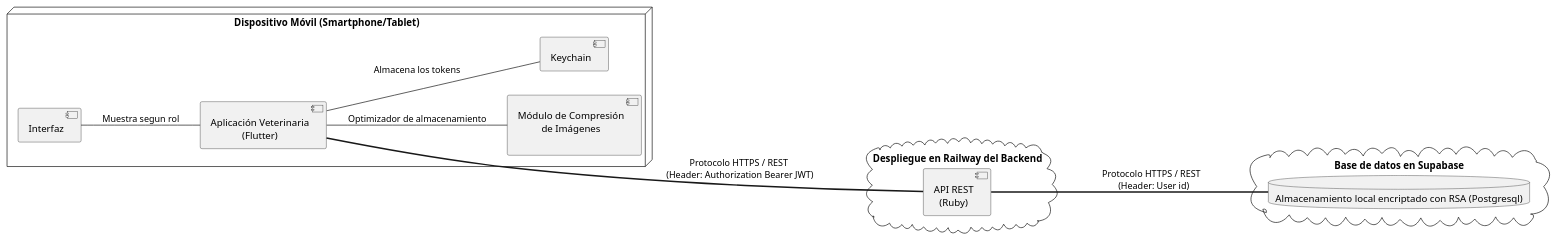
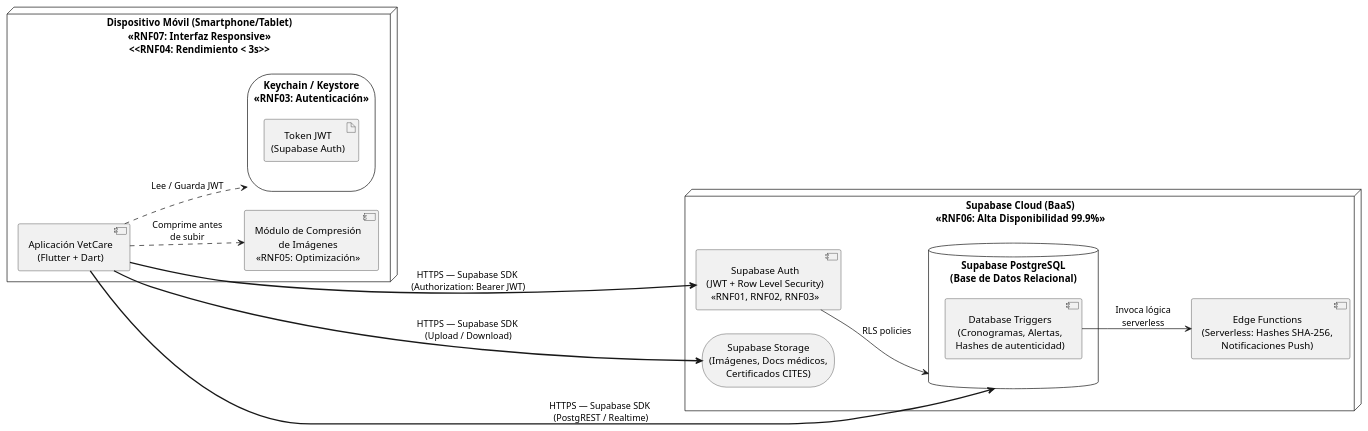
Before and after one commit to W1llpr0/prograMovil: the diagram in deployment_diagram.puml, drawn with PlantUML. The commit also changed 4 other files, not shown here.

First line of the commit message:
refactor(arch): pivote a Supabase BaaS + nuevas épicas VetCare

```diff
--- a/deployment_diagram.puml
+++ b/deployment_diagram.puml
@@ -1,31 +1,39 @@
 @startuml
 left to right direction
 skinparam DefaultTextAlignment center
 
-node "Dispositivo Móvil (Smartphone/Tablet)" as Mobile {
-    
-    component "Interfaz" as I
+node "Dispositivo Móvil (Smartphone/Tablet)\n<<RNF07: Interfaz Responsive>>\n<<RNF04: Rendimiento < 3s>>" as Mobile {
 
-    component "Aplicación Veterinaria\n(Flutter)" as AppFlutter
-    
-    component "Módulo de Compresión\nde Imágenes\n" as Compressor
-    
-    component "Keychain" as Keychain
-    I -- AppFlutter: "Muestra segun rol"
-    AppFlutter -- Compressor : "Optimizador de almacenamiento"
-    AppFlutter -- Keychain : "Almacena los tokens"
+    component "Aplicación VetCare\n(Flutter + Dart)" as AppFlutter
+
+    component "Módulo de Compresión\nde Imágenes\n<<RNF05: Optimización>>" as Compressor
+
+    storage "Keychain / Keystore\n<<RNF03: Autenticación>>" as Keystore {
+        artifact "Token JWT\n(Supabase Auth)" as JWT
+    }
+
+    AppFlutter ..> Compressor : "Comprime antes\nde subir"
+    AppFlutter ..> Keystore : "Lee / Guarda JWT"
 }
 
-cloud "Despliegue en Railway del Backend" as Cloud1 {
-    component "API REST\n(Ruby)" as API
+node "Supabase Cloud (BaaS)\n<<RNF06: Alta Disponibilidad 99.9%>>" as Cloud {
 
+    component "Supabase Auth\n(JWT + Row Level Security)\n<<RNF01, RNF02, RNF03>>" as Auth
+
+    database "Supabase PostgreSQL\n(Base de Datos Relacional)" as DB {
+        component "Database Triggers\n(Cronogramas, Alertas,\nHashes de autenticidad)" as Triggers
+    }
+
+    storage "Supabase Storage\n(Imágenes, Docs médicos,\nCertificados CITES)" as Storage
+
+    component "Edge Functions\n(Serverless: Hashes SHA-256,\nNotificaciones Push)" as EdgeFn
+
+    Auth --> DB : "RLS policies"
+    Triggers --> EdgeFn : "Invoca lógica\nserverless"
 }
 
-cloud "Base de datos en Supabase" as Cloud2 {
-    database "Almacenamiento local encriptado con RSA (Postgresql)" as database2
+AppFlutter ====> Auth : " HTTPS — Supabase SDK \n (Authorization: Bearer JWT)"
+AppFlutter ====> DB : " HTTPS — Supabase SDK \n (PostgREST / Realtime)"
+AppFlutter ====> Storage : " HTTPS — Supabase SDK \n (Upload / Download)"
 
-}
-
-AppFlutter ==== API : " Protocolo HTTPS / REST \n (Header: Authorization Bearer JWT)"
-API ==== database2 : "Protocolo HTTPS / REST \n (Header: User id)"
 @enduml
```
